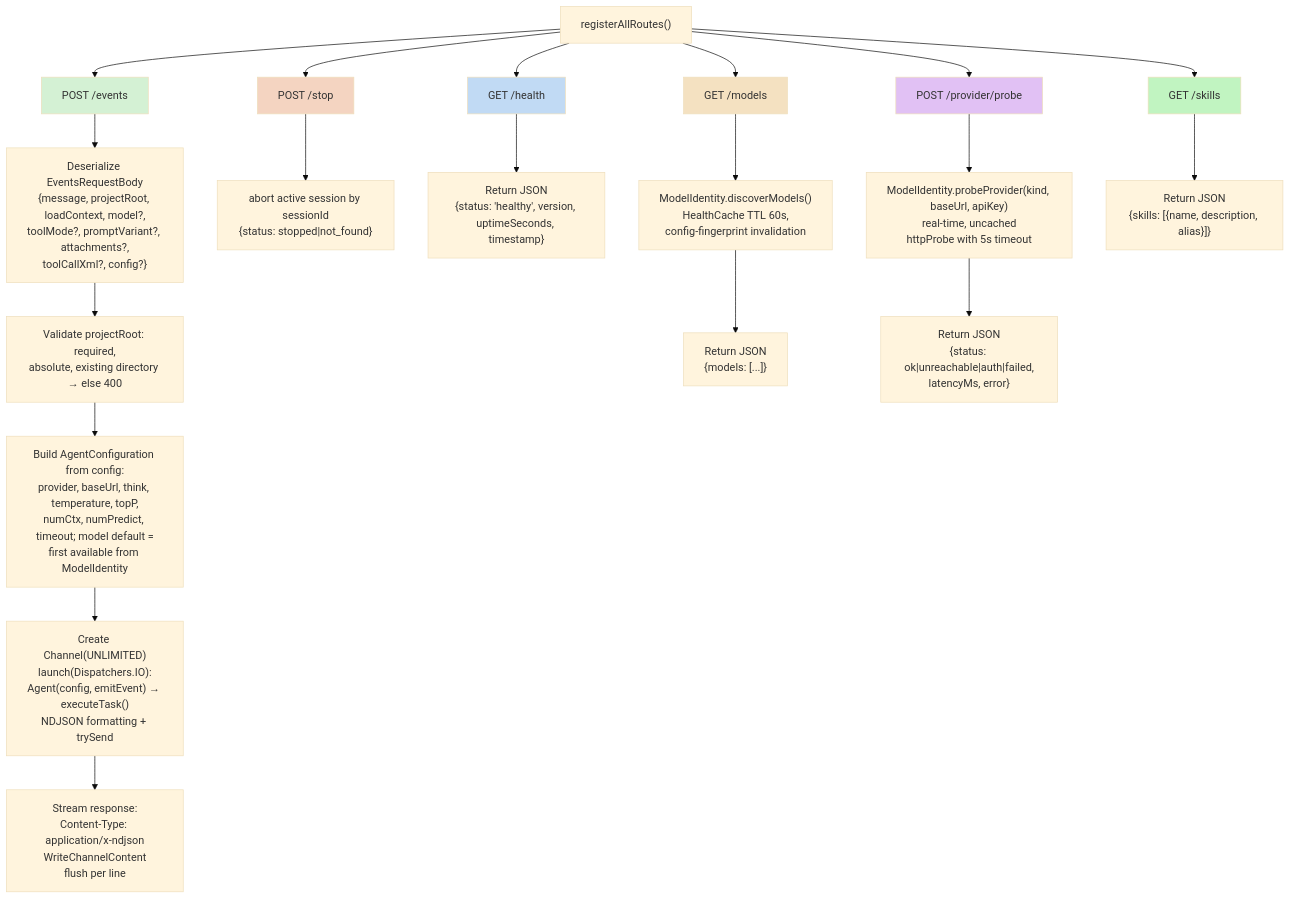
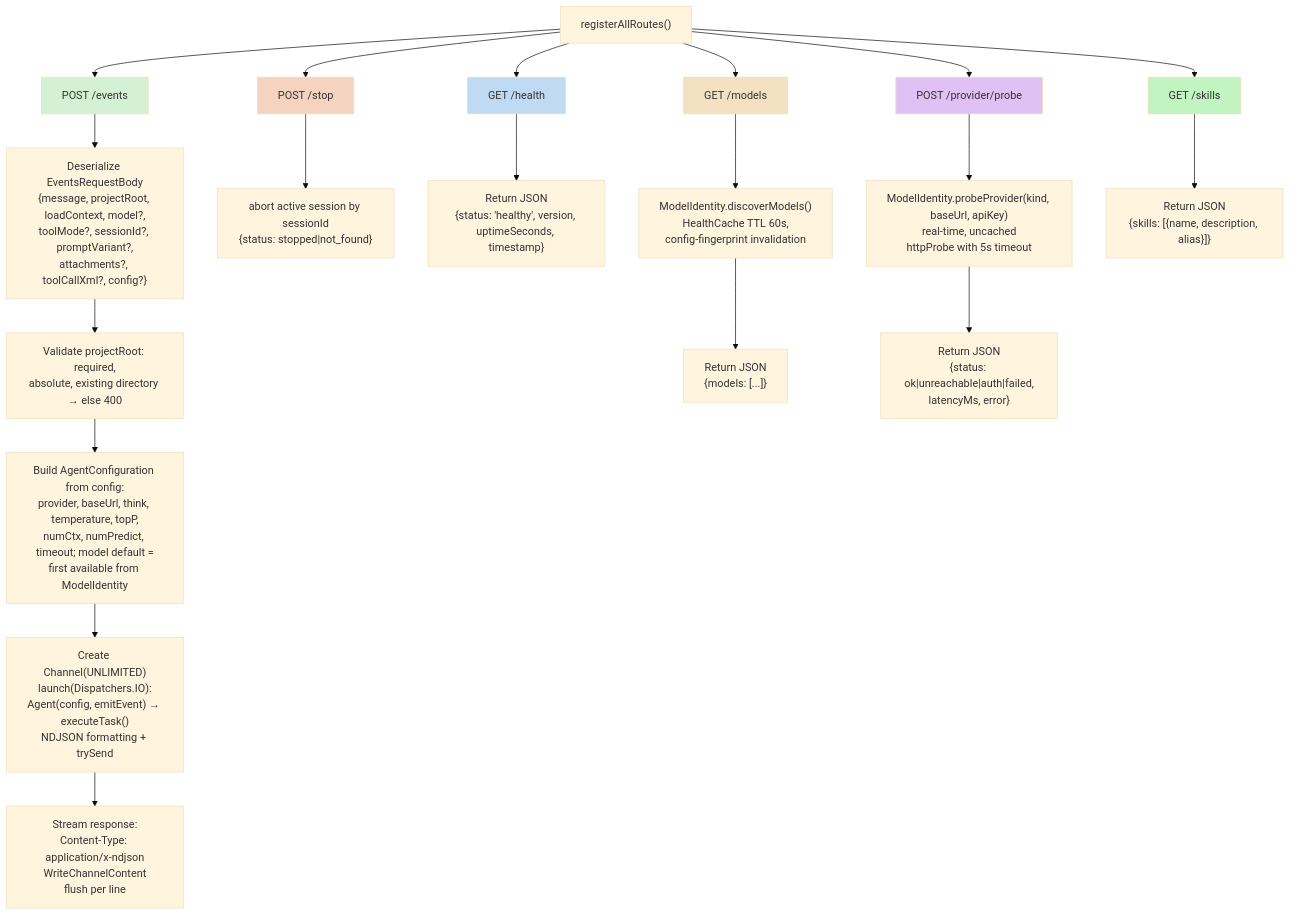
Diagram 11 of 29 in docs/ARCHITECTURE.md (lg841226/Gradum), drawn with Mermaid (base theme) before and after one commit. The commit also changed other lines of this file and 15 other files, not shown here.

Commit message:
chore: fix outdated docs — i18n/ErrorCode counts, tls.xml ref, missing sessionId

````diff
--- a/docs/ARCHITECTURE.md
+++ b/docs/ARCHITECTURE.md
@@ -844,27 +843,27 @@
 ```mermaid
 flowchart TD
     R["registerAllRoutes()"] --> POST[POST /events]
     R --> PS[POST /stop]
     R --> GH[GET /health]
     R --> GM[GET /models]
     R --> PP[POST /provider/probe]
     R --> GS[GET /skills]
-    POST --> P1["Deserialize EventsRequestBody<br/>{message, projectRoot, loadContext, model?,<br/>toolMode?, promptVariant?, attachments?,<br/>toolCallXml?, config?}"]
+    POST --> P1["Deserialize EventsRequestBody<br/>{message, projectRoot, loadContext, model?,<br/>toolMode?, sessionId?, promptVariant?,<br/>attachments?, toolCallXml?, config?}"]
     P1 --> P2["Validate projectRoot: required,<br/>absolute, existing directory → else 400"]
     P2 --> P3["Build AgentConfiguration from config:<br/>provider, baseUrl, think, temperature, topP,<br/>numCtx, numPredict, timeout; model default =<br/>first available from ModelIdentity"]
     P3 --> P4["Create Channel(UNLIMITED)<br/>launch(Dispatchers.IO):<br/>Agent(config, emitEvent) → executeTask()<br/>NDJSON formatting + trySend"]
     P4 --> P5["Stream response:<br/>Content-Type: application/x-ndjson<br/>WriteChannelContent<br/>flush per line"]
     PS --> S1["abort active session by sessionId<br/>{status: stopped|not_found}"]
     GH --> H1["Return JSON<br/>{status: 'healthy', version, uptimeSeconds, timestamp}"]
     GM --> M1["ModelIdentity.discoverModels()<br/>HealthCache TTL 60s,<br/>config-fingerprint invalidation"]
     M1 --> M2["Return JSON<br/>{models: [...]}"]
     PP --> P6["ModelIdentity.probeProvider(kind, baseUrl, apiKey)<br/>real-time, uncached<br/>httpProbe with 5s timeout"]
     P6 --> P7["Return JSON<br/>{status: ok|unreachable|auth|failed,<br/>latencyMs, error}"]
     GS --> S2["Return JSON<br/>{skills: [{name, description, alias}]}"]
     style POST fill: #d4f1d4
     style PS fill: #f4d4c1
     style GH fill: #c1daf4
     style GM fill: #f4e1c1
     style PP fill: #e1c1f4
     style GS fill: #c1f4c1
 ```
````
